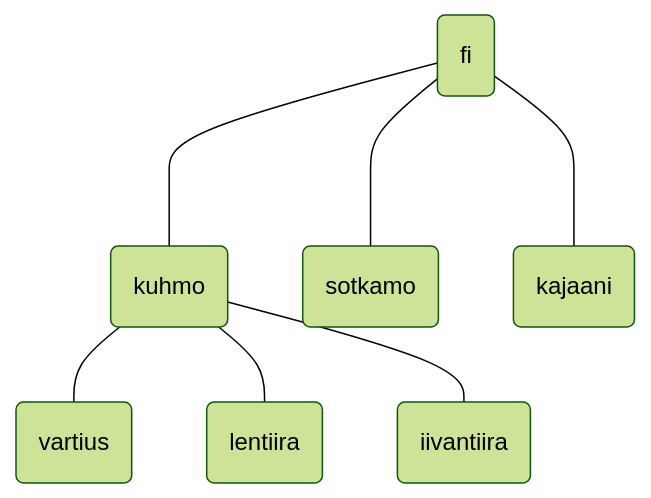
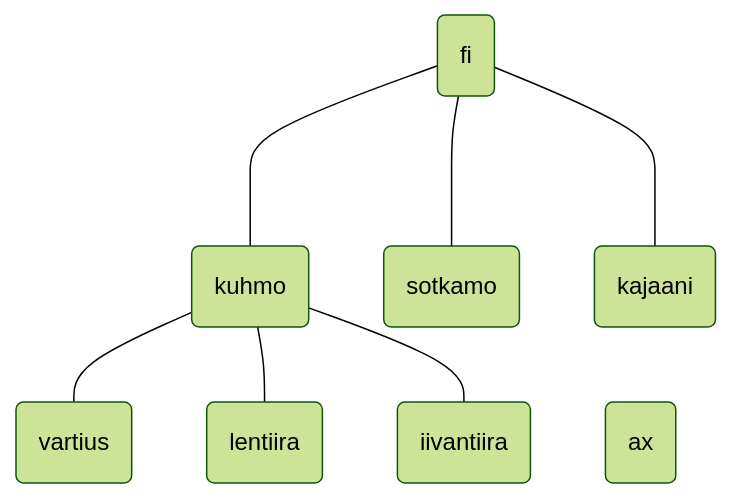
Before and after one commit to phdonner/verkkotunnus: the diagram in README.md, drawn with Mermaid.

````diff
--- a/README.md
+++ b/README.md
@@ -9,10 +9,11 @@
 ```mermaid
 %%{init: {'theme':'forest'}}%%
 flowchart BT
    A(vartius)  --- D
    B(lentiira)   --- D
    C(iivantiira) --- D
    D(kuhmo)   ---- F(fi)
    E(sotkamo) ---- F(fi)
    G(kajaani) ---- F(fi)
+   H(ax)
 ```
````
